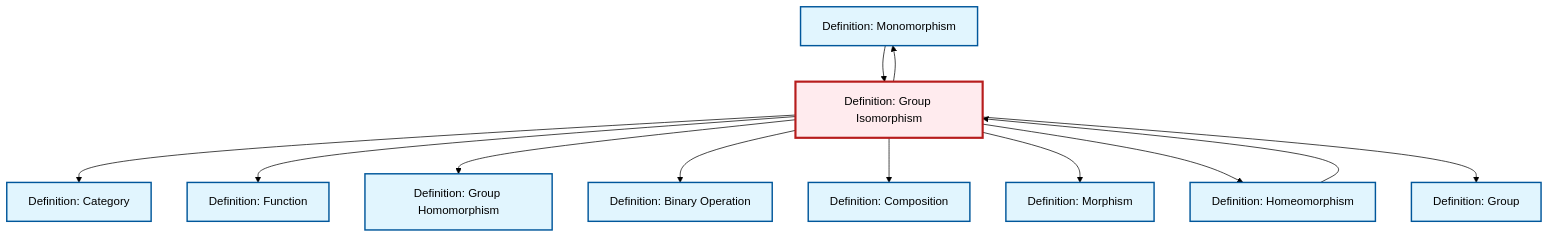
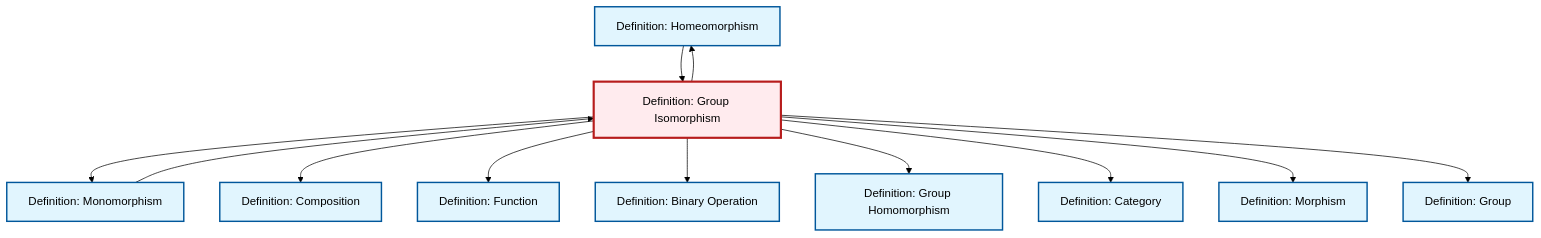
The diagram in content/en/algebra/def-isomorphism.qmd (RK0429/ModernMath), drawn with Mermaid (forest theme) before and after one commit. The commit also changed other lines of this file and 634 other files, not shown here.

````diff
--- a/content/en/algebra/def-isomorphism.qmd
+++ b/content/en/algebra/def-isomorphism.qmd
@@ -112,40 +112,40 @@
 ```{mermaid}
 %%| fig-cap: "Local dependency graph"
 graph TD
     classDef definition fill:#e1f5fe,stroke:#01579b,stroke-width:2px
     classDef theorem fill:#f3e5f5,stroke:#4a148c,stroke-width:2px
     classDef axiom fill:#fff3e0,stroke:#e65100,stroke-width:2px
     classDef example fill:#e8f5e9,stroke:#1b5e20,stroke-width:2px
     classDef current fill:#ffebee,stroke:#b71c1c,stroke-width:3px
+    def-category["Definition: Category"]:::definition
+    def-group["Definition: Group"]:::definition
+    def-composition["Definition: Composition"]:::definition
     def-binary-operation["Definition: Binary Operation"]:::definition
-    def-composition["Definition: Composition"]:::definition
-    def-group["Definition: Group"]:::definition
+    def-homeomorphism["Definition: Homeomorphism"]:::definition
     def-monomorphism["Definition: Monomorphism"]:::definition
+    def-isomorphism["Definition: Group Isomorphism"]:::definition
+    def-function["Definition: Function"]:::definition
     def-morphism["Definition: Morphism"]:::definition
-    def-isomorphism["Definition: Group Isomorphism"]:::definition
-    def-homeomorphism["Definition: Homeomorphism"]:::definition
     def-homomorphism["Definition: Group Homomorphism"]:::definition
-    def-function["Definition: Function"]:::definition
-    def-category["Definition: Category"]:::definition
+    def-isomorphism --> def-monomorphism
+    def-isomorphism --> def-composition
+    def-isomorphism --> def-homeomorphism
+    def-isomorphism --> def-function
+    def-isomorphism --> def-binary-operation
+    def-isomorphism --> def-homomorphism
     def-isomorphism --> def-category
-    def-isomorphism --> def-function
-    def-isomorphism --> def-monomorphism
+    def-isomorphism --> def-morphism
+    def-monomorphism --> def-isomorphism
+    def-isomorphism --> def-group
     def-homeomorphism --> def-isomorphism
-    def-monomorphism --> def-isomorphism
-    def-isomorphism --> def-homomorphism
-    def-isomorphism --> def-binary-operation
-    def-isomorphism --> def-composition
-    def-isomorphism --> def-morphism
-    def-isomorphism --> def-homeomorphism
-    def-isomorphism --> def-group
     class def-isomorphism current
+    click def-category "def-category.html" "Go to Category definition"
+    click def-group "def-group.html" "Go to Group definition"
+    click def-composition "def-composition.html" "Go to Composition definition"
     click def-binary-operation "def-binary-operation.html" "Go to Binary Operation definition"
-    click def-composition "def-composition.html" "Go to Composition definition"
-    click def-group "def-group.html" "Go to Group definition"
+    click def-homeomorphism "def-homeomorphism.html" "Go to Homeomorphism definition"
     click def-monomorphism "def-monomorphism.html" "Go to Monomorphism definition"
+    click def-function "def-function.html" "Go to Function definition"
     click def-morphism "def-morphism.html" "Go to Morphism definition"
-    click def-homeomorphism "def-homeomorphism.html" "Go to Homeomorphism definition"
     click def-homomorphism "def-homomorphism.html" "Go to Group Homomorphism definition"
-    click def-function "def-function.html" "Go to Function definition"
-    click def-category "def-category.html" "Go to Category definition"
 ```
````
